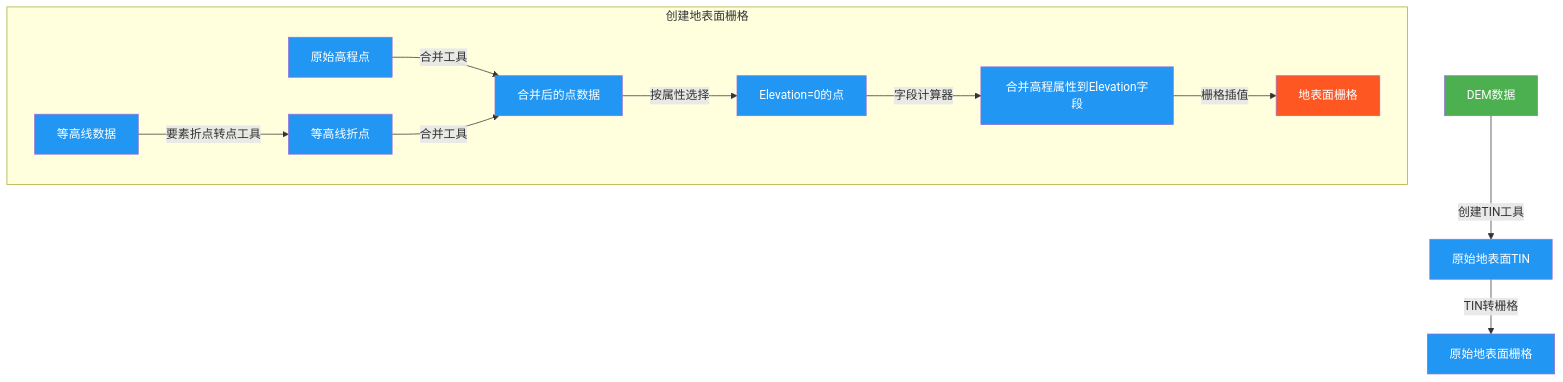
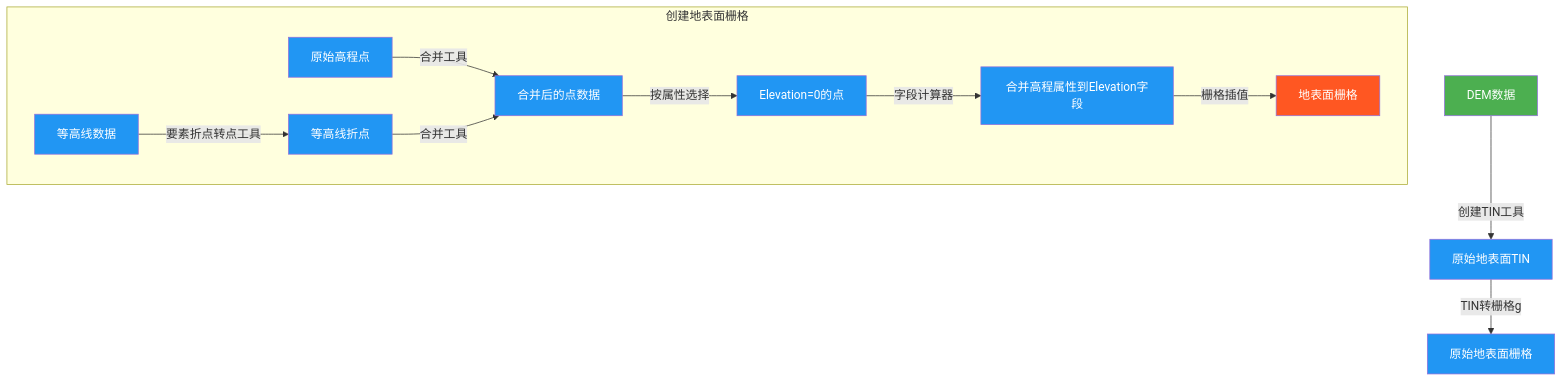
The diagram in all/未命名.md (newguser/iodraw-files), drawn with Mermaid before and after one commit.

Commit message:
2025-02-27 21:34:30 update

````diff
--- a/all/未命名.md
+++ b/all/未命名.md
@@ -1,20 +1,20 @@
 ```mermaid
 graph TD
     A[DEM数据] -->|创建TIN工具| B[原始地表面TIN]
-    B -->|TIN转栅格| C[原始地表面栅格]
+    B -->|TIN转栅格g| C[原始地表面栅格]
     
 
     subgraph 创建地表面栅格
         D1[等高线数据] -->|要素折点转点工具| D2[等高线折点]
         D3[原始高程点] -->|合并工具| D4[合并后的点数据]
         D2 -->|合并工具| D4
         D4 -->|按属性选择| D5[Elevation=0的点]
         D5 -->|字段计算器| D6[合并高程属性到Elevation字段]
         D6 -->|栅格插值| D[地表面栅格]
     end
 
     style A fill:#4CAF50,color:white
     style D fill:#FF5722,color:white
     classDef process fill:#2196F3,color:white;
     class B,C,D1,D2,D3,D4,D5,D6 process
 ```
````
